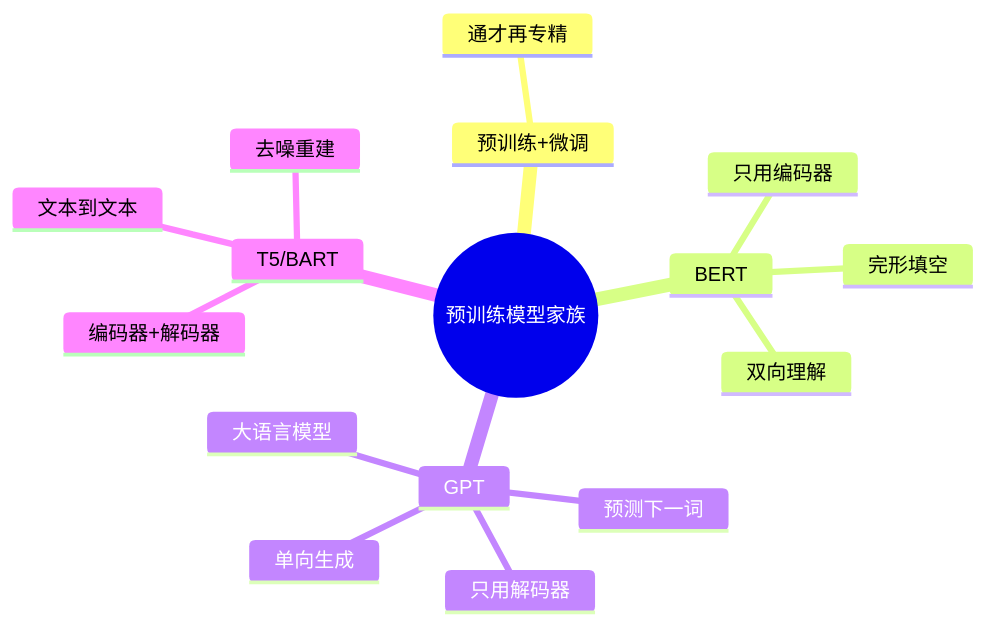
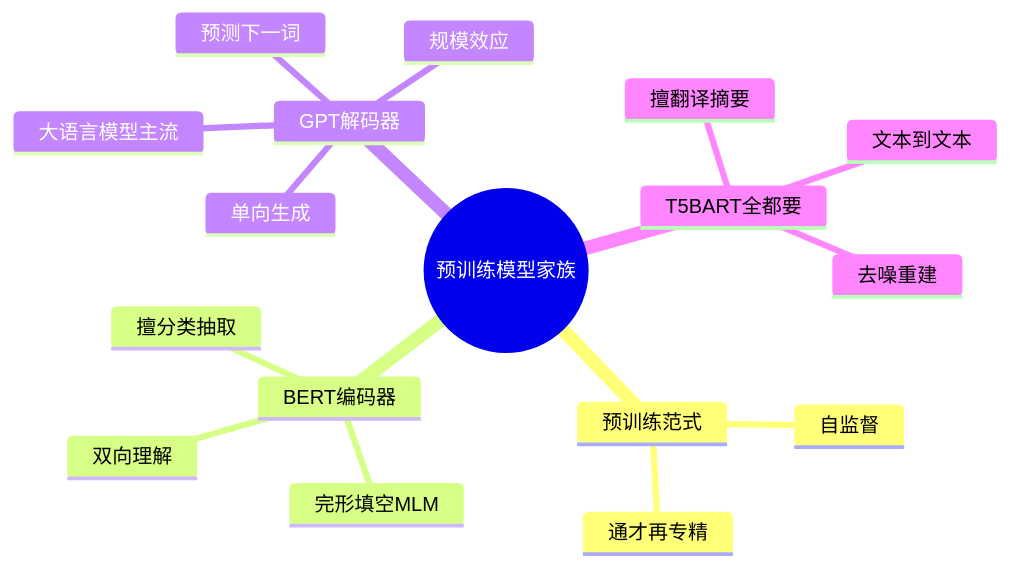
One commit to zerioo1970/summary changed the tenth of 11 diagrams in transformer-学习资料/第10章-预训练模型家族.md. Above: the diagram before and after it, drawn with Mermaid. The commit also changed other lines of this file and 6 other files, not shown here.

Commit message:
大幅扩写第1、2、8-12章:新增导览/数值示例/深入原理/FAQ/更多图解

````diff
--- a/transformer-学习资料/第10章-预训练模型家族.md
+++ b/transformer-学习资料/第10章-预训练模型家族.md
@@ -110,19 +229,20 @@
 ```mermaid
 mindmap
   root((预训练模型家族))
-    预训练+微调
+    预训练范式
+      自监督
       通才再专精
-    BERT
-      只用编码器
+    BERT编码器
       双向理解
-      完形填空
-    GPT
-      只用解码器
+      完形填空MLM
+      擅分类抽取
+    GPT解码器
       单向生成
       预测下一词
-      大语言模型
-    T5/BART
-      编码器+解码器
+      规模效应
+      大语言模型主流
+    T5BART全都要
       文本到文本
       去噪重建
+      擅翻译摘要
 ```
````
